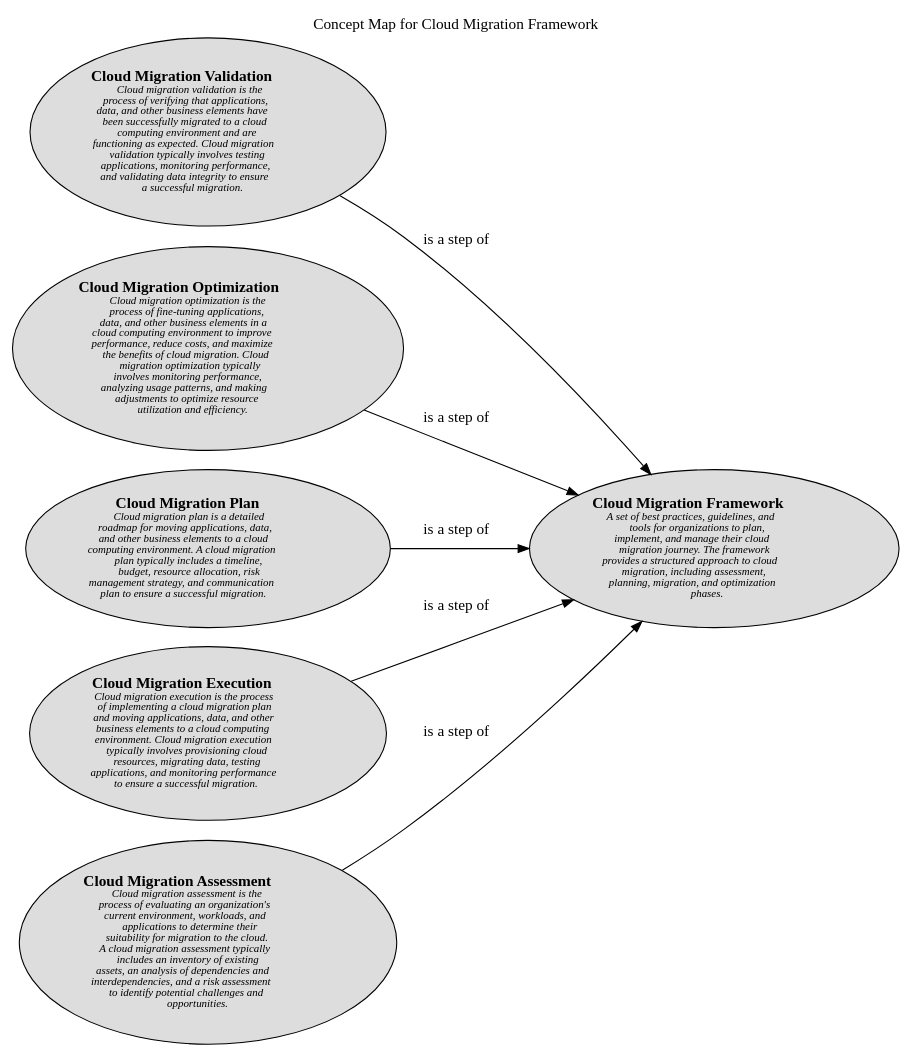
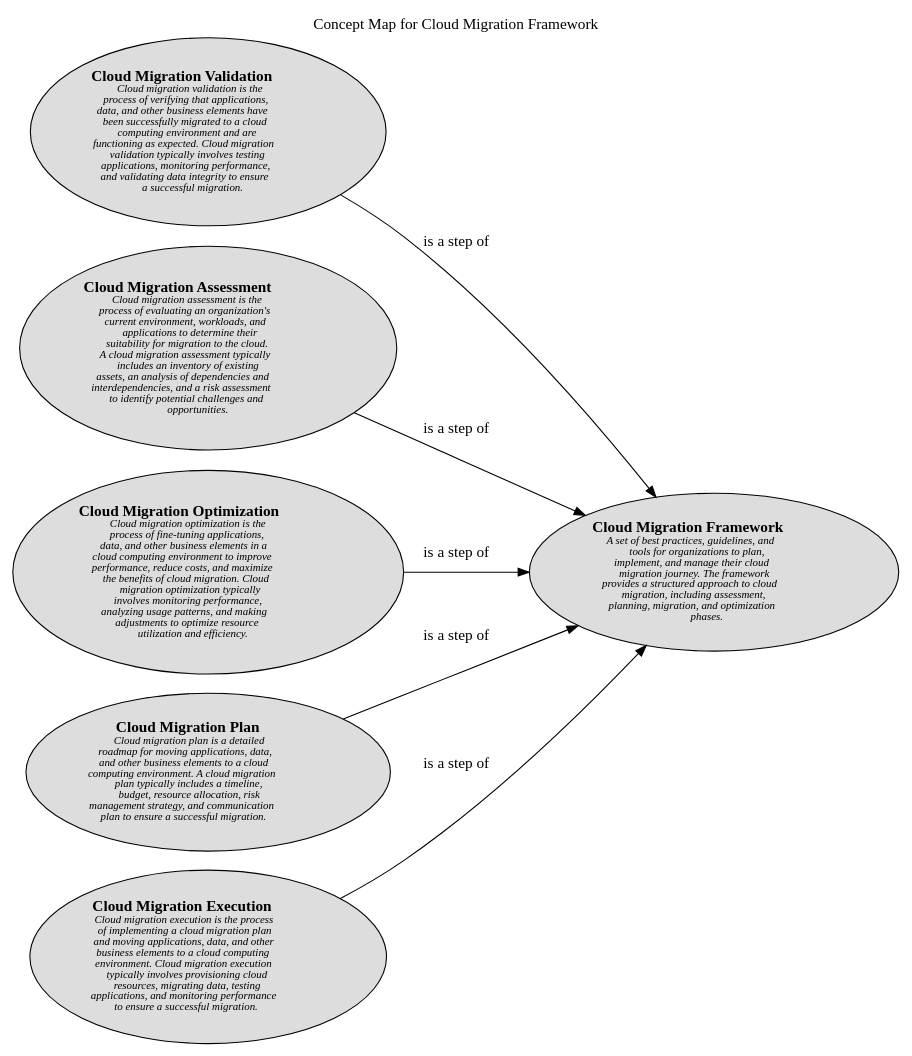
Before and after one commit to lsolbach/overarch-models: the diagram in docs/software-development/cloud/framework/cmf/concept-view.dot, drawn with Graphviz. The commit also changed other lines of this file and 115 other files, not shown here.

```diff
--- a/docs/software-development/cloud/framework/cmf/concept-view.dot
+++ b/docs/software-development/cloud/framework/cmf/concept-view.dot
@@ -1,22 +1,22 @@
 digraph "Concept Map for Cloud Migration Framework" {
   labelloc= "t"
   label="Concept Map for Cloud Migration Framework"
   rankdir="LR"
 
   layout=dot
 software_development_cloud_framework_cmf__cloud_migration_validation [shape=ellipse style=filled fillcolor="#dddddd" label=<<B>Cloud Migration Validation</B><BR/><FONT POINT-SIZE="10"><I>Cloud migration validation is the<BR/>process of verifying that applications,<BR/>data, and other business elements have<BR/>been successfully migrated to a cloud<BR/>computing environment and are<BR/>functioning as expected. Cloud migration<BR/>validation typically involves testing<BR/>applications, monitoring performance,<BR/>and validating data integrity to ensure<BR/>a successful migration. </I></FONT>>]
+software_development_cloud_framework_cmf__cloud_migration_assessment [shape=ellipse style=filled fillcolor="#dddddd" label=<<B>Cloud Migration Assessment</B><BR/><FONT POINT-SIZE="10"><I>Cloud migration assessment is the<BR/>process of evaluating an organization&apos;s<BR/>current environment, workloads, and<BR/>applications to determine their<BR/>suitability for migration to the cloud.<BR/>A cloud migration assessment typically<BR/>includes an inventory of existing<BR/>assets, an analysis of dependencies and<BR/>interdependencies, and a risk assessment<BR/>to identify potential challenges and<BR/>opportunities. </I></FONT>>]
 software_development_cloud_framework_cmf__cloud_migration_optimization [shape=ellipse style=filled fillcolor="#dddddd" label=<<B>Cloud Migration Optimization</B><BR/><FONT POINT-SIZE="10"><I>Cloud migration optimization is the<BR/>process of fine-tuning applications,<BR/>data, and other business elements in a<BR/>cloud computing environment to improve<BR/>performance, reduce costs, and maximize<BR/>the benefits of cloud migration. Cloud<BR/>migration optimization typically<BR/>involves monitoring performance,<BR/>analyzing usage patterns, and making<BR/>adjustments to optimize resource<BR/>utilization and efficiency. </I></FONT>>]
 software_development_cloud_framework_cmf__cloud_migration_plan [shape=ellipse style=filled fillcolor="#dddddd" label=<<B>Cloud Migration Plan</B><BR/><FONT POINT-SIZE="10"><I>Cloud migration plan is a detailed<BR/>roadmap for moving applications, data,<BR/>and other business elements to a cloud<BR/>computing environment. A cloud migration<BR/>plan typically includes a timeline,<BR/>budget, resource allocation, risk<BR/>management strategy, and communication<BR/>plan to ensure a successful migration. </I></FONT>>]
 software_development_cloud_framework_cmf__cloud_migration_execution [shape=ellipse style=filled fillcolor="#dddddd" label=<<B>Cloud Migration Execution</B><BR/><FONT POINT-SIZE="10"><I>Cloud migration execution is the process<BR/>of implementing a cloud migration plan<BR/>and moving applications, data, and other<BR/>business elements to a cloud computing<BR/>environment. Cloud migration execution<BR/>typically involves provisioning cloud<BR/>resources, migrating data, testing<BR/>applications, and monitoring performance<BR/>to ensure a successful migration. </I></FONT>>]
 software_development_cloud_framework__cloud_migration_framework [shape=ellipse style=filled fillcolor="#dddddd" label=<<B>Cloud Migration Framework</B><BR/><FONT POINT-SIZE="10"><I>A set of best practices, guidelines, and<BR/>tools for organizations to plan,<BR/>implement, and manage their cloud<BR/>migration journey. The framework<BR/>provides a structured approach to cloud<BR/>migration, including assessment,<BR/>planning, migration, and optimization<BR/>phases. </I></FONT>>]
-software_development_cloud_framework_cmf__cloud_migration_assessment [shape=ellipse style=filled fillcolor="#dddddd" label=<<B>Cloud Migration Assessment</B><BR/><FONT POINT-SIZE="10"><I>Cloud migration assessment is the<BR/>process of evaluating an organization&apos;s<BR/>current environment, workloads, and<BR/>applications to determine their<BR/>suitability for migration to the cloud.<BR/>A cloud migration assessment typically<BR/>includes an inventory of existing<BR/>assets, an analysis of dependencies and<BR/>interdependencies, and a risk assessment<BR/>to identify potential challenges and<BR/>opportunities. </I></FONT>>]
  
 software_development_cloud_framework_cmf__cloud_migration_assessment -> software_development_cloud_framework__cloud_migration_framework [label=<is a step of<BR/><FONT POINT-SIZE="10"><I> </I></FONT>>]
 software_development_cloud_framework_cmf__cloud_migration_plan -> software_development_cloud_framework__cloud_migration_framework [label=<is a step of<BR/><FONT POINT-SIZE="10"><I> </I></FONT>>]
 software_development_cloud_framework_cmf__cloud_migration_execution -> software_development_cloud_framework__cloud_migration_framework [label=<is a step of<BR/><FONT POINT-SIZE="10"><I> </I></FONT>>]
 software_development_cloud_framework_cmf__cloud_migration_optimization -> software_development_cloud_framework__cloud_migration_framework [label=<is a step of<BR/><FONT POINT-SIZE="10"><I> </I></FONT>>]
 software_development_cloud_framework_cmf__cloud_migration_validation -> software_development_cloud_framework__cloud_migration_framework [label=<is a step of<BR/><FONT POINT-SIZE="10"><I> </I></FONT>>]
  
 }
 
 // (generated by Overarch with template views/view.dot.cmb)
```
